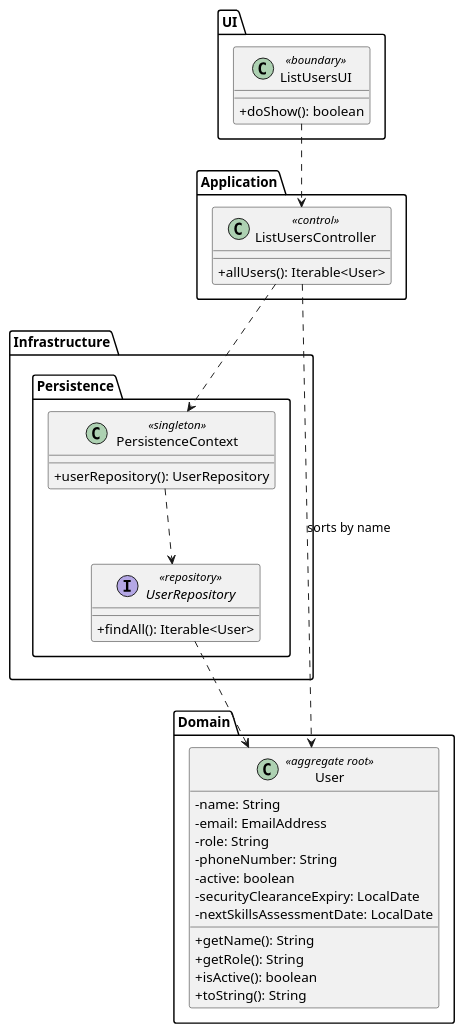
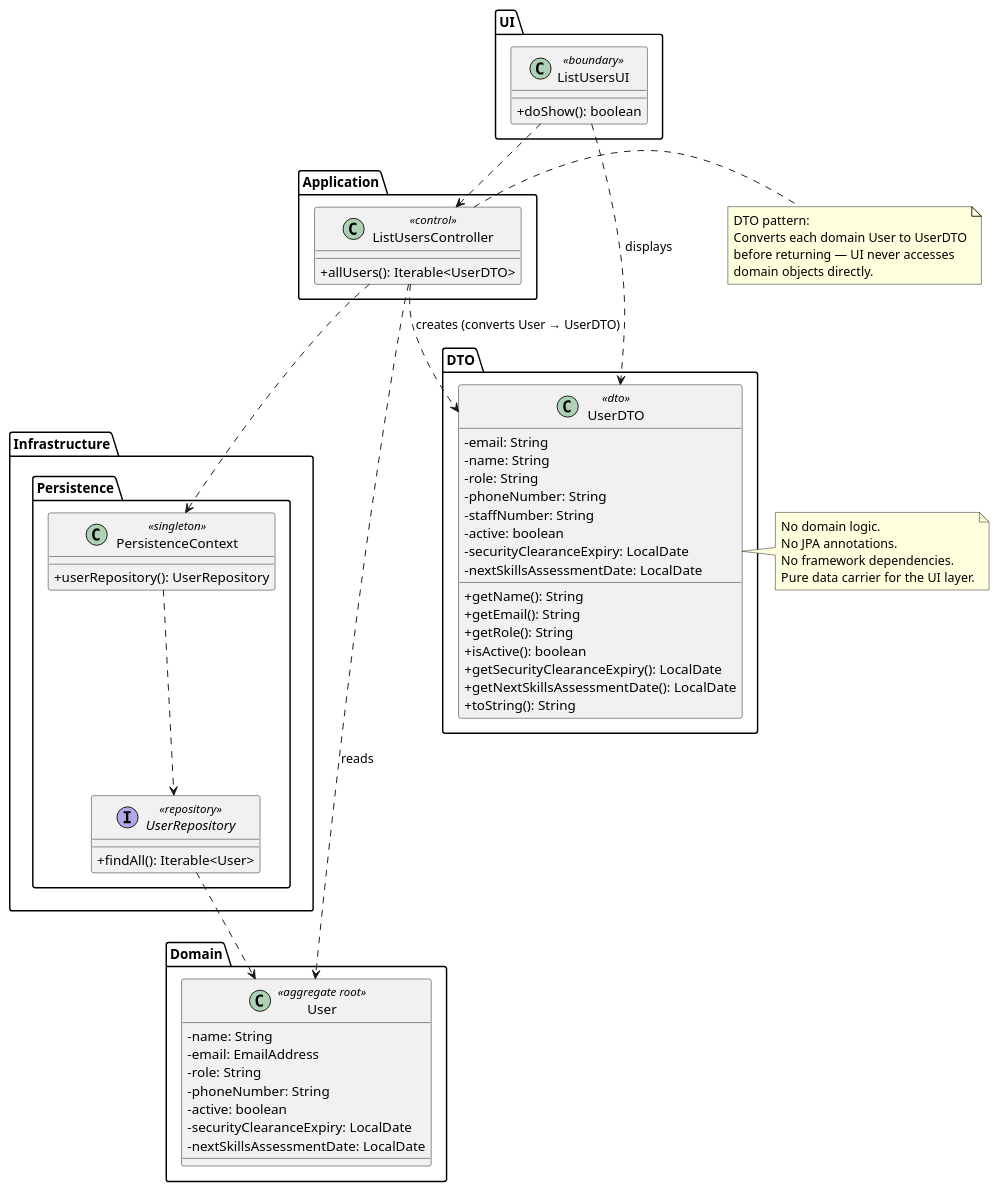
Before and after one commit to DuartePinto1240/sem4pi2526-sem4pi2526_2da2: the diagram in docs/Sprint 2/EAPLI/US033/puml/US033-class-diagram.puml, drawn with PlantUML. The commit also changed 19 other files, not shown here.

Commit message:
US030, US031, US033: Security clearance login check, UserDTO, updated tests and documentation.#5 , #6 and # 8

```diff
--- a/docs/Sprint 2/EAPLI/US033/puml/US033-class-diagram.puml
+++ b/docs/Sprint 2/EAPLI/US033/puml/US033-class-diagram.puml
@@ -1,46 +1,78 @@
 @startuml
 skinparam classAttributeIconSize 0
 
 package "UI" {
   class ListUsersUI <<boundary>> {
     +doShow(): boolean
   }
 }
 
 package "Application" {
   class ListUsersController <<control>> {
-    +allUsers(): Iterable<User>
+    +allUsers(): Iterable<UserDTO>
+  }
+}
+
+package "DTO" {
+  class UserDTO <<dto>> {
+    -email: String
+    -name: String
+    -role: String
+    -phoneNumber: String
+    -staffNumber: String
+    -active: boolean
+    -securityClearanceExpiry: LocalDate
+    -nextSkillsAssessmentDate: LocalDate
+    +getName(): String
+    +getEmail(): String
+    +getRole(): String
+    +isActive(): boolean
+    +getSecurityClearanceExpiry(): LocalDate
+    +getNextSkillsAssessmentDate(): LocalDate
+    +toString(): String
   }
 }
 
 package "Domain" {
   class User <<aggregate root>> {
     -name: String
     -email: EmailAddress
     -role: String
     -phoneNumber: String
     -active: boolean
     -securityClearanceExpiry: LocalDate
     -nextSkillsAssessmentDate: LocalDate
-    +getName(): String
-    +getRole(): String
-    +isActive(): boolean
-    +toString(): String
   }
 }
 
 package "Infrastructure.Persistence" {
   class PersistenceContext <<singleton>> {
     +userRepository(): UserRepository
   }
   interface UserRepository <<repository>> {
     +findAll(): Iterable<User>
   }
 }
 
 ListUsersUI ..> ListUsersController
+ListUsersUI ..> UserDTO : displays
 ListUsersController ..> PersistenceContext
-ListUsersController ..> User : sorts by name
+ListUsersController ..> User : reads
+ListUsersController ..> UserDTO : creates (converts User → UserDTO)
 PersistenceContext ..> UserRepository
 UserRepository ..> User
+
+note right of ListUsersController
+  DTO pattern:
+  Converts each domain User to UserDTO
+  before returning — UI never accesses
+  domain objects directly.
+end note
+
+note right of UserDTO
+  No domain logic.
+  No JPA annotations.
+  No framework dependencies.
+  Pure data carrier for the UI layer.
+end note
 @enduml
```
